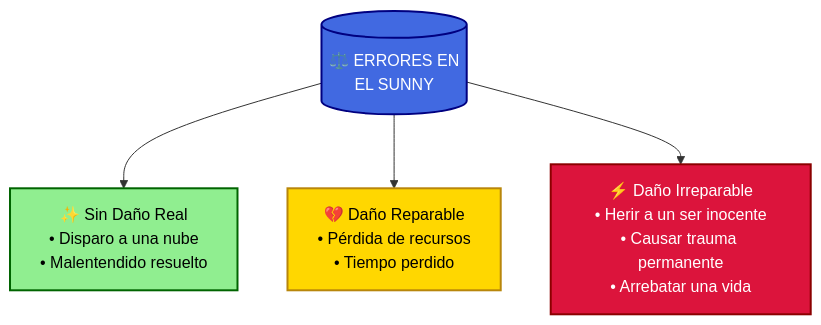
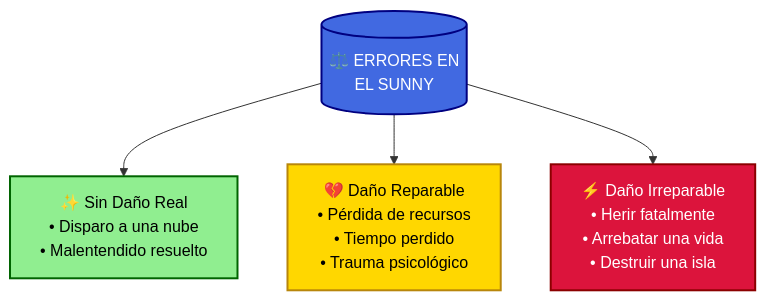
One commit to ebynnerlys/Repositorio-de-Papers changed the first of 5 diagrams in Otros temas/Actualizaciones diarias/El Diario del Sunny - Lecciones de un Nakama en One Piece.md. Above: the diagram before and after it, drawn with Mermaid. The commit also changed other lines of this file and 1 other file, not shown here.

````diff
--- a/Otros temas/Actualizaciones diarias/El Diario del Sunny - Lecciones de un Nakama en One Piece.md
+++ b/Otros temas/Actualizaciones diarias/El Diario del Sunny - Lecciones de un Nakama en One Piece.md
@@ -355,16 +355,16 @@
 ```mermaid
 graph TD
     classDef leve fill:#90EE90,stroke:#006400,color:black,stroke-width:2px
     classDef moderado fill:#FFD700,stroke:#B8860B,color:black,stroke-width:2px
     classDef grave fill:#DC143C,stroke:#8B0000,color:white,stroke-width:2px
     classDef categoria fill:#4169E1,stroke:#000080,color:white,stroke-width:2px
 
     A[("⚖️ ERRORES EN<br/>EL SUNNY")]:::categoria
     B["✨ Sin Daño Real<br/>• Disparo a una nube<br/>• Malentendido resuelto"]:::leve
-    C["💔 Daño Reparable<br/>• Pérdida de recursos<br/>• Tiempo perdido"]:::moderado
-    D["⚡ Daño Irreparable<br/>• Herir a un ser inocente<br/>• Causar trauma permanente<br/>• Arrebatar una vida"]:::grave
+    C["💔 Daño Reparable<br/>• Pérdida de recursos<br/>• Tiempo perdido<br/>• Trauma psicológico"]:::moderado
+    D["⚡ Daño Irreparable<br/>• Herir fatalmente<br/>• Arrebatar una vida<br/>• Destruir una isla"]:::grave
 
     A --> B
     A --> C
     A --> D
 ```
````
